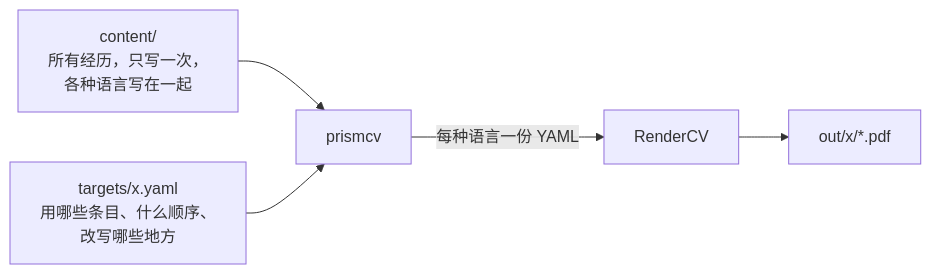
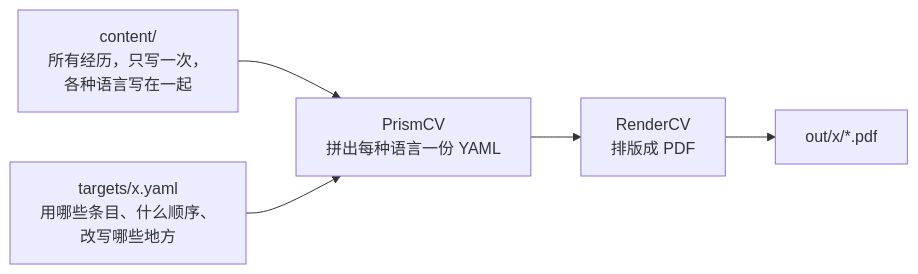
One commit to AnzhiZhang/PrismCV changed the diagram in README.zh-CN.md. Above: the diagram before and after it, drawn with Mermaid. The commit also changed 1 other file, not shown here.

Commit message:
docs: clarify the pipeline diagram
Move the "one YAML per language" edge label into the PrismCV node and
add a subtitle to RenderCV, so each node explains its role. Also title-case
the PrismCV node.

````diff
--- a/README.zh-CN.md
+++ b/README.zh-CN.md
@@ -22,12 +22,12 @@
 ```mermaid
 flowchart LR
     C["content/<br/>所有经历，只写一次，<br/>各种语言写在一起"]
     T["targets/x.yaml<br/>用哪些条目、什么顺序、<br/>改写哪些地方"]
-    B["prismcv"]
-    R["RenderCV"]
+    B["PrismCV<br/>拼出每种语言一份 YAML"]
+    R["RenderCV<br/>排版成 PDF"]
     P["out/x/*.pdf"]
 
     C --> B
     T --> B
-    B -->|每种语言一份 YAML| R --> P
+    B --> R --> P
 ```
````
